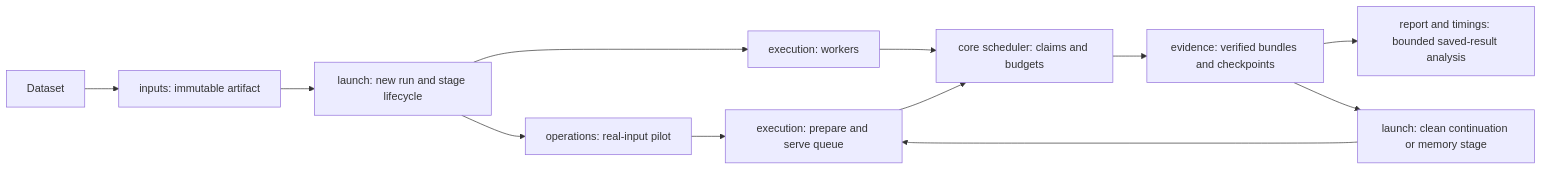
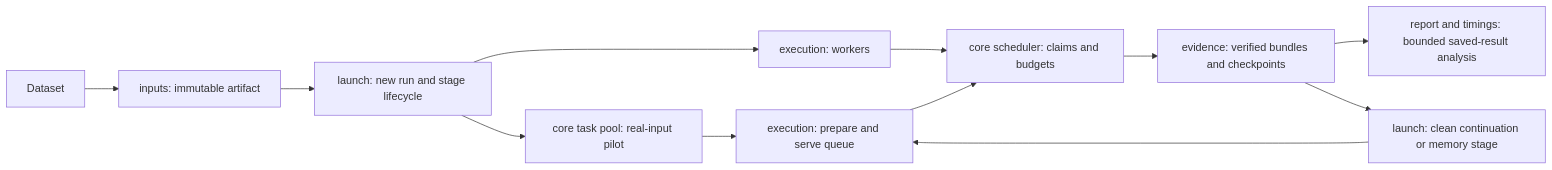
One commit to yunhzou/MAPPA-AAM changed diagram 11 of 11 in design.md. Above: the diagram before and after it, drawn with Mermaid. The commit also changed other lines of this file and 11 other files, not shown here.

````diff
--- a/design.md
+++ b/design.md
@@ -618,14 +653,14 @@
 ```mermaid
 flowchart LR
     Dataset --> Inputs[inputs: immutable artifact]
     Inputs --> Launch[launch: new run and stage lifecycle]
-    Launch --> Pilot[operations: real-input pilot]
+    Launch --> Pilot[core task pool: real-input pilot]
     Pilot --> Execution[execution: prepare and serve queue]
     Launch --> Workers[execution: workers]
     Workers --> Queue[core scheduler: claims and budgets]
     Execution --> Queue
     Queue --> Evidence[evidence: verified bundles and checkpoints]
     Evidence --> Report[report and timings: bounded saved-result analysis]
     Evidence --> Handoff[launch: clean continuation or memory stage]
     Handoff --> Execution
 ```
````
